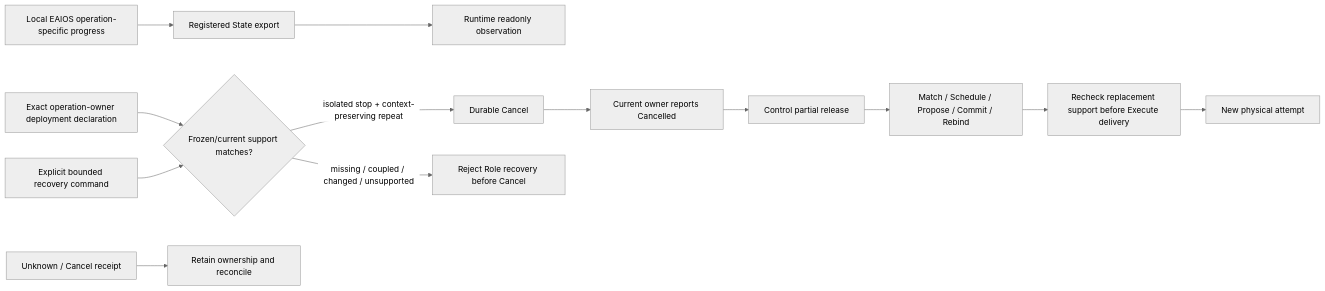
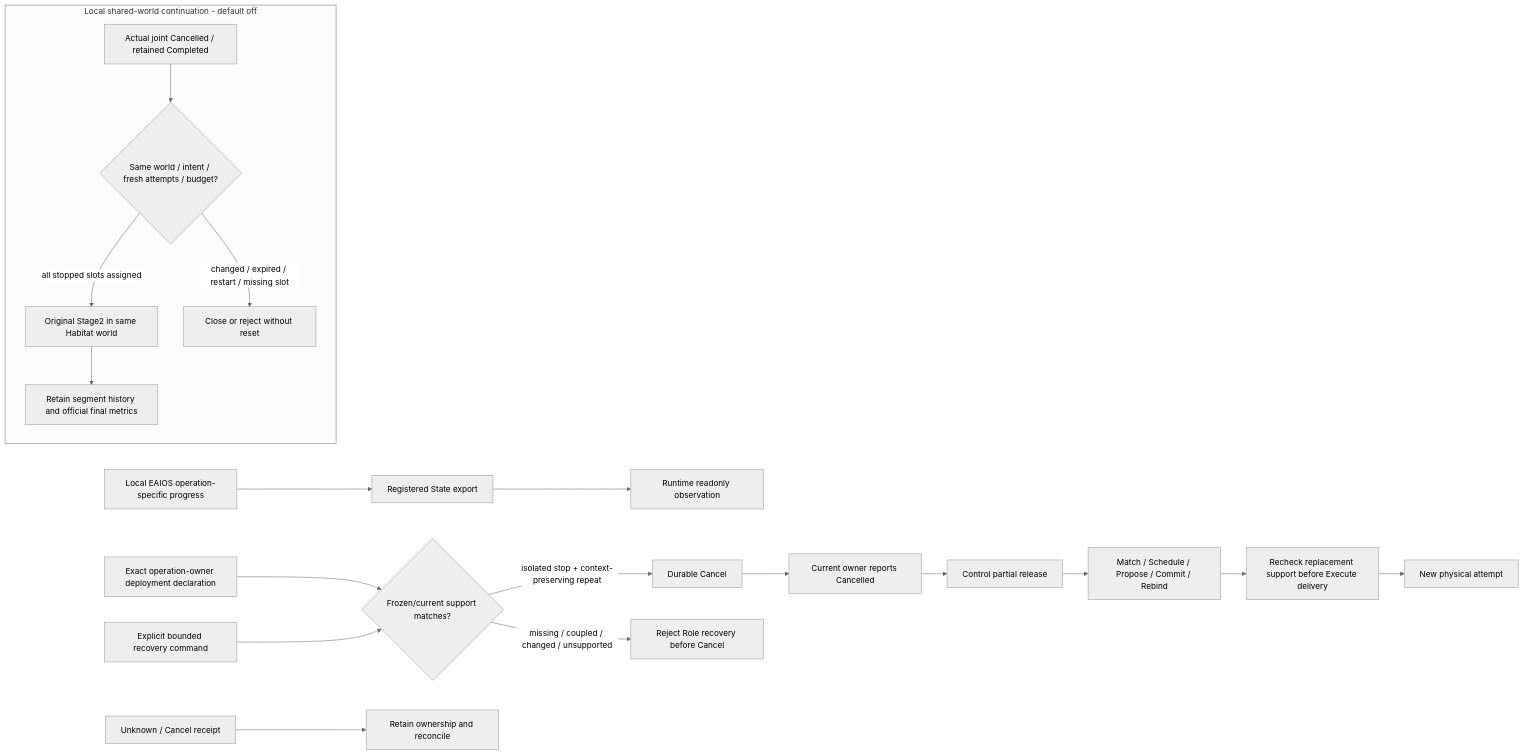
Before and after one commit to Farewell-CK/RoboGuide: the diagram in docs/architecture/v2/README.md, drawn with Mermaid (neutral theme). The commit also changed other lines of this file and 5 other files, not shown here.

Commit message:
docs(recovery): document retained-world continuation boundaries

````diff
--- a/docs/architecture/v2/README.md
+++ b/docs/architecture/v2/README.md
@@ -616,15 +616,21 @@
 ```mermaid
 flowchart LR
   L[Local EAIOS operation-specific progress] --> S[Registered State export]
   S --> O[Runtime readonly observation]
   D[Exact operation-owner deployment declaration] --> G{Frozen/current support matches?}
   U[Explicit bounded recovery command] --> G
   G -->|isolated stop + context-preserving repeat| C[Durable Cancel]
   G -->|missing / coupled / changed / unsupported| B[Reject Role recovery before Cancel]
   C --> P[Current owner reports Cancelled]
   P --> R[Control partial release]
   R --> M[Match / Schedule / Propose / Commit / Rebind]
   M --> V[Recheck replacement support before Execute delivery]
   V --> N[New physical attempt]
   X[Unknown / Cancel receipt] --> F[Retain ownership and reconcile]
+  subgraph H[Local shared-world continuation - default off]
+    HS[Actual joint Cancelled / retained Completed] --> HG{Same world / intent / fresh attempts / budget?}
+    HG -->|all stopped slots assigned| HR[Original Stage2 in same Habitat world]
+    HG -->|changed / expired / restart / missing slot| HF[Close or reject without reset]
+    HR --> HE[Retain segment history and official final metrics]
+  end
 ```
````
